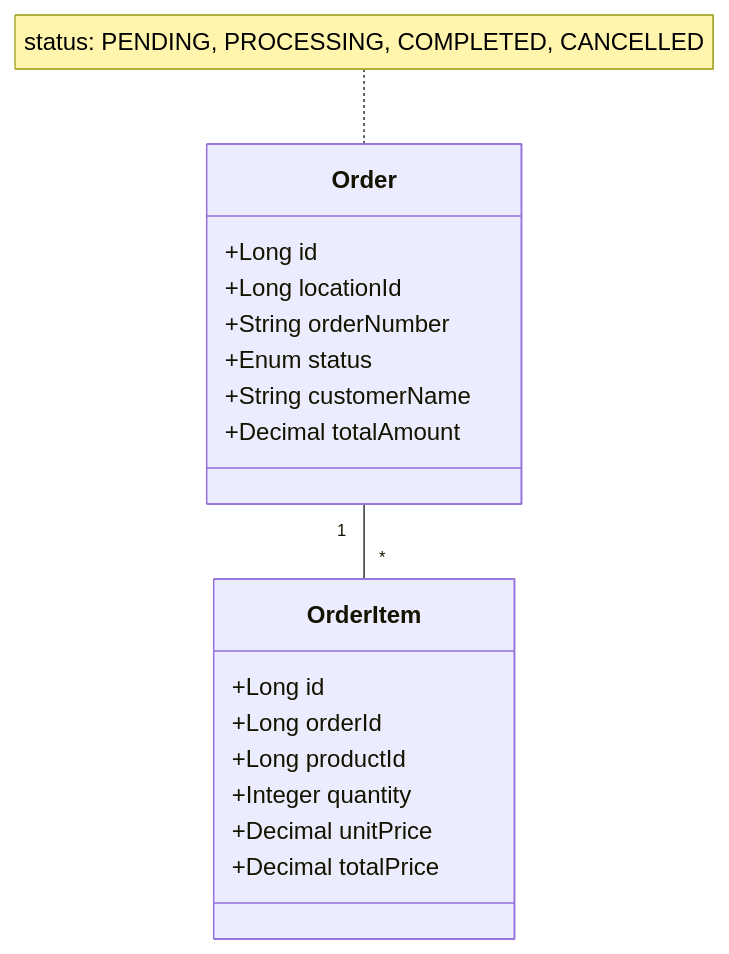
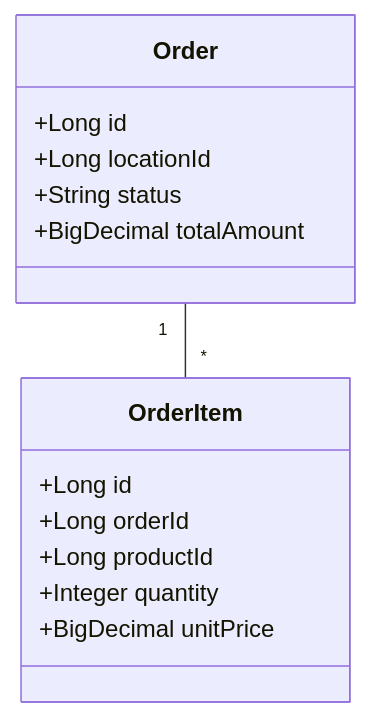
Before and after one commit to kirtika-0102/StockSmart: the seventh of 9 diagrams in docs/class-diagram.md, drawn with Mermaid. The commit also changed other lines of this file and 74 other files, not shown here.

Commit message:
architecture of application

````diff
--- a/docs/class-diagram.md
+++ b/docs/class-diagram.md
@@ -233,24 +157,17 @@
 ```mermaid
 classDiagram
     class Order {
         +Long id
         +Long locationId
-        +String orderNumber
-        +Enum status
-        +String customerName
-        +Decimal totalAmount
+        +String status
+        +BigDecimal totalAmount
     }
-    
-    note for Order "status: PENDING, PROCESSING, COMPLETED, CANCELLED"
-
     class OrderItem {
         +Long id
         +Long orderId
         +Long productId
         +Integer quantity
-        +Decimal unitPrice
-        +Decimal totalPrice
+        +BigDecimal unitPrice
     }
-
     Order "1" -- "*" OrderItem
 ```
````
